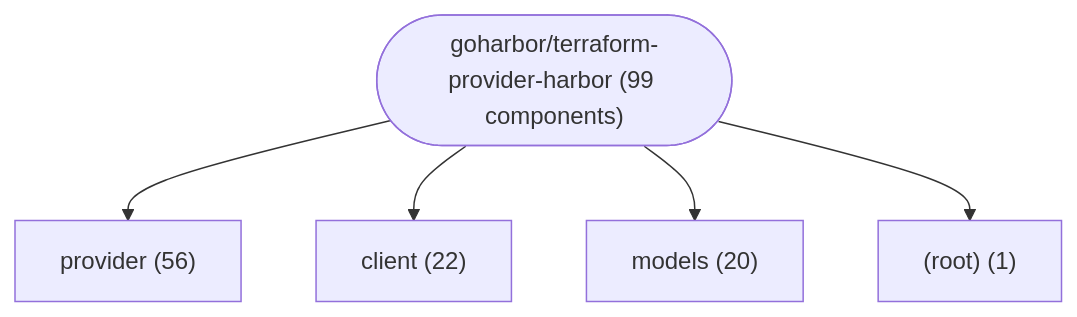
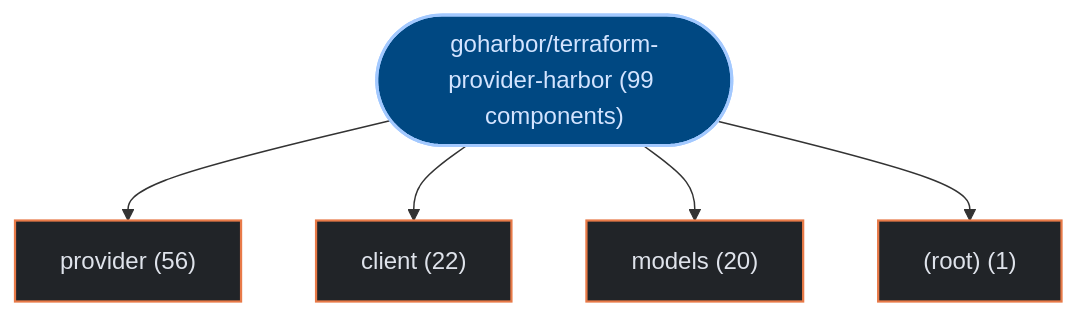
Before and after one commit to kumarshaz/atruss-code-atlas: the first of 3 diagrams in exports/latest/reports/goharbor-terraform-provider-harbor-report.md, drawn with Mermaid. The commit also changed other lines of this file and 331 other files, not shown here.

Commit message:
docs,ui,fix: update SDLC docs, reorder CI/CD DAG first, stylize Mermaid, and fix Arc42 pipeline topology

````diff
--- a/exports/latest/reports/goharbor-terraform-provider-harbor-report.md
+++ b/exports/latest/reports/goharbor-terraform-provider-harbor-report.md
@@ -42,12 +42,19 @@
 ```mermaid
 graph TD;
-    repo_root(["goharbor/terraform-provider-harbor (99 components)"])
-    dir_0_provider["provider (56)"]
+  classDef atlasRoot fill:#004882,stroke:#a3c9ff,stroke-width:2px,color:#d3e4ff
+  classDef atlasCategory fill:#212428,stroke:#E87A48,stroke-width:1.5px,color:#dfe3eb
+  classDef atlasWorkflow fill:#1b2026,stroke:#a3c9ff,stroke-width:1.5px,color:#dfe3eb
+  classDef atlasJob fill:#171c22,stroke:#8d9199,stroke-width:1px,color:#dfe3eb
+  classDef atlasTarget fill:#005227,stroke:#8bd99b,stroke-width:1.5px,color:#a7f6b6
+  classDef atlasAlert fill:#93000a,stroke:#ffb4ab,stroke-width:1.5px,color:#ffdad6
+  classDef atlasMore fill:#252a31,stroke:#8d9199,stroke-dasharray:4 4,color:#c3c6cf
+    repo_root(["goharbor/terraform-provider-harbor (99 components)"]):::atlasRoot
+    dir_0_provider["provider (56)"]:::atlasCategory
     repo_root --> dir_0_provider
-    dir_1_client["client (22)"]
+    dir_1_client["client (22)"]:::atlasCategory
     repo_root --> dir_1_client
-    dir_2_models["models (20)"]
+    dir_2_models["models (20)"]:::atlasCategory
     repo_root --> dir_2_models
-    dir_3__root_["(root) (1)"]
+    dir_3__root_["(root) (1)"]:::atlasCategory
     repo_root --> dir_3__root_
 ```
````
